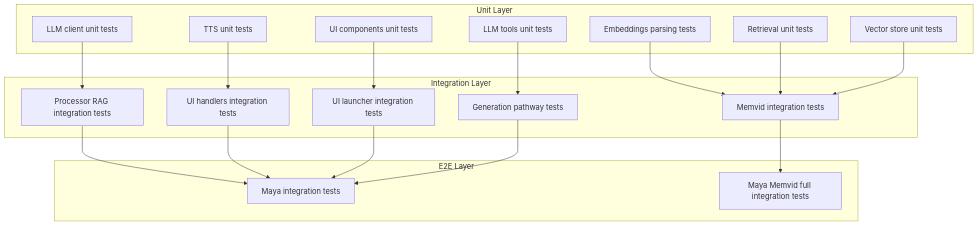
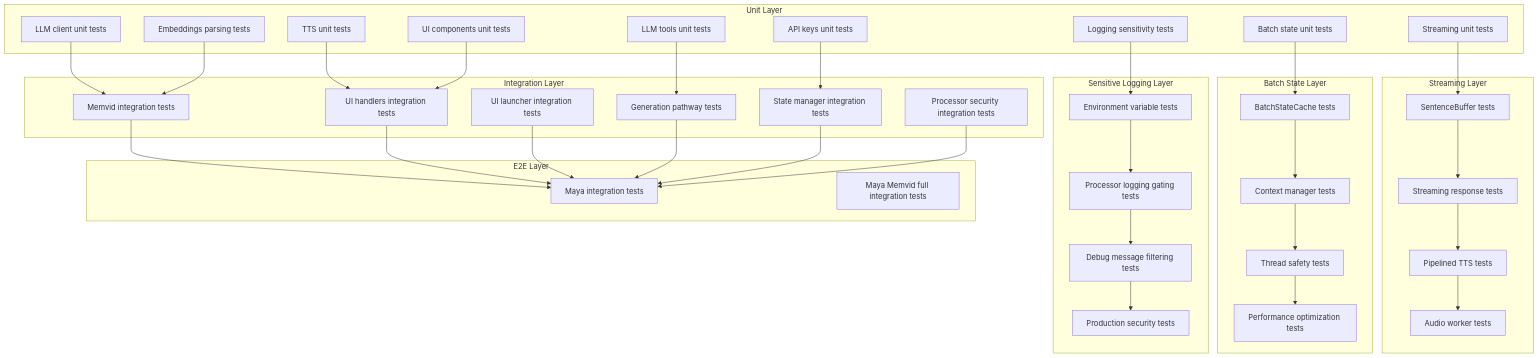
Before and after one commit to MOK-5-ha/MayaMCP: the second of 23 diagrams in .qoder/repowiki/en/content/Testing Strategy/Testing Strategy.md, drawn with Mermaid. The commit also changed other lines of this file and 27 other files, not shown here.

Commit message:
docs: updated repowiki to account for new streaming llm responses and other latency reducing performance enhancements to the codebase

````diff
--- a/.qoder/repowiki/en/content/Testing Strategy/Testing Strategy.md
+++ b/.qoder/repowiki/en/content/Testing Strategy/Testing Strategy.md
@@ -152,35 +208,68 @@
 ```mermaid
 graph TB
 subgraph "Unit Layer"
 UL1["LLM client unit tests"]
 UL2["TTS unit tests"]
 UL3["Embeddings parsing tests"]
-UL4["Retrieval unit tests"]
-UL5["Vector store unit tests"]
-UL6["UI components unit tests"]
-UL7["LLM tools unit tests"]
+UL4["UI components unit tests"]
+UL5["LLM tools unit tests"]
+UL6["API keys unit tests"]
+UL7["Batch state unit tests"]
+UL8["Streaming unit tests"]
+UL9["Logging sensitivity tests"]
 end
 subgraph "Integration Layer"
-IL1["Processor RAG integration tests"]
-IL2["Memvid integration tests"]
-IL3["UI handlers integration tests"]
-IL4["UI launcher integration tests"]
-IL5["Generation pathway tests"]
+IL1["Memvid integration tests"]
+IL2["UI handlers integration tests"]
+IL3["UI launcher integration tests"]
+IL4["Generation pathway tests"]
+IL5["State manager integration tests"]
+IL6["Processor security integration tests"]
+end
+subgraph "Streaming Layer"
+SL1["SentenceBuffer tests"]
+SL2["Streaming response tests"]
+SL3["Pipelined TTS tests"]
+SL4["Audio worker tests"]
+end
+subgraph "Batch State Layer"
+BL1["BatchStateCache tests"]
+BL2["Context manager tests"]
+BL3["Thread safety tests"]
+BL4["Performance optimization tests"]
+end
+subgraph "Sensitive Logging Layer"
+GL1["Environment variable tests"]
+GL2["Processor logging gating tests"]
+GL3["Debug message filtering tests"]
+GL4["Production security tests"]
 end
 subgraph "E2E Layer"
 EL1["Maya integration tests"]
 EL2["Maya Memvid full integration tests"]
 end
 UL1 --> IL1
-UL2 --> IL3
-UL3 --> IL2
+UL2 --> IL2
+UL3 --> IL1
 UL4 --> IL2
-UL5 --> IL2
-UL6 --> IL4
-UL7 --> IL5
+UL5 --> IL4
+UL6 --> IL5
+UL7 --> BL1
+UL8 --> SL1
+UL9 --> GL1
 IL1 --> EL1
-IL2 --> EL2
+IL2 --> EL1
 IL3 --> EL1
 IL4 --> EL1
 IL5 --> EL1
+IL6 --> EL1
+SL1 --> SL2
+SL2 --> SL3
+SL3 --> SL4
+BL1 --> BL2
+BL2 --> BL3
+BL3 --> BL4
+GL1 --> GL2
+GL2 --> GL3
+GL3 --> GL4
 ```
````
